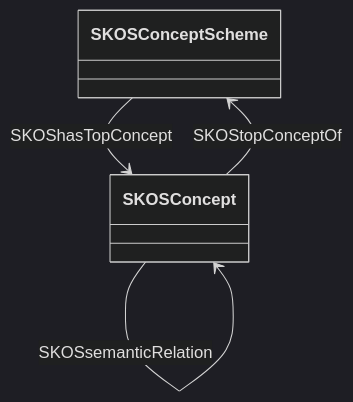
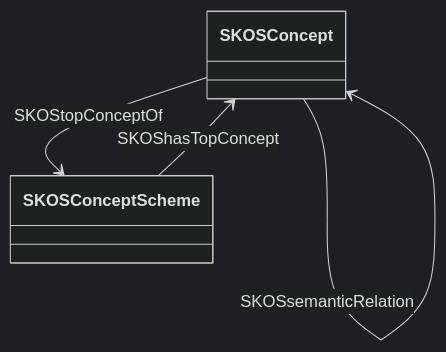
The diagram in output/Top_in_lov_any_property/skos.rdf-abstract.md (oeg-upm/Devos), drawn with Mermaid (dark theme) before and after one commit. The commit also changed other lines of this file and 186 other files, not shown here.

````diff
--- a/output/Top_in_lov_any_property/skos.rdf-abstract.md
+++ b/output/Top_in_lov_any_property/skos.rdf-abstract.md
@@ -1,21 +1,21 @@
 ```mermaid
 	classDiagram
 
     
-    class SKOSConceptScheme {
+    class SKOSConcept {
     
     }
 
-    class SKOSConcept {
+    class SKOSConceptScheme {
     
     }
 
 
 
+SKOSConceptScheme  --> SKOSConcept   :SKOShasTopConcept  
+
 SKOSConcept  --> SKOSConcept   :SKOSsemanticRelation  
-
-SKOSConceptScheme  --> SKOSConcept   :SKOShasTopConcept  
 
 SKOSConcept  --> SKOSConceptScheme   :SKOStopConceptOf  
 
 ```
````
